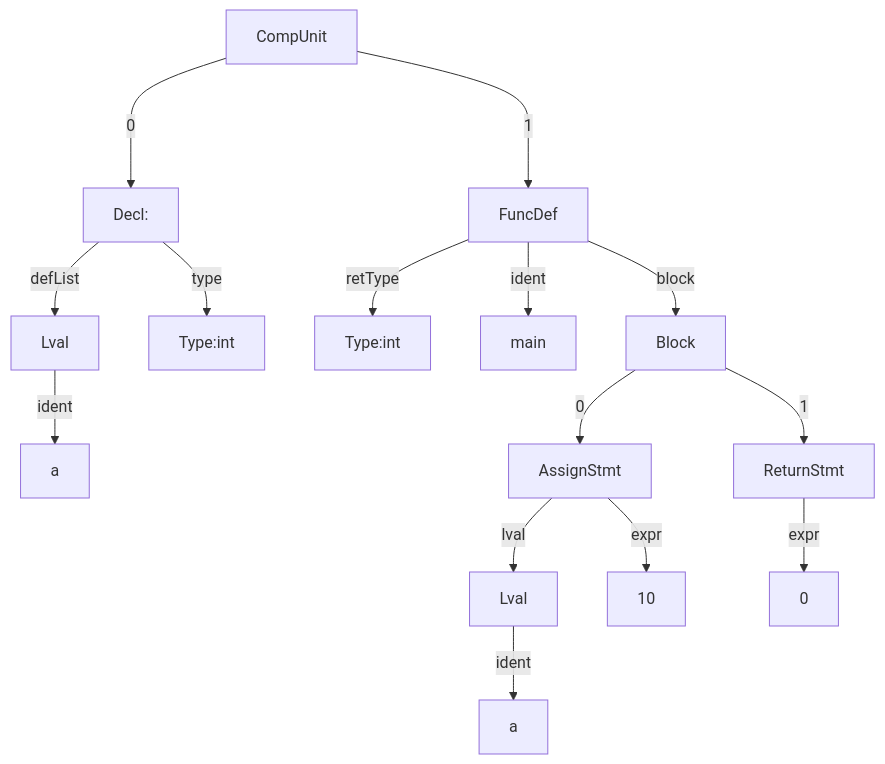
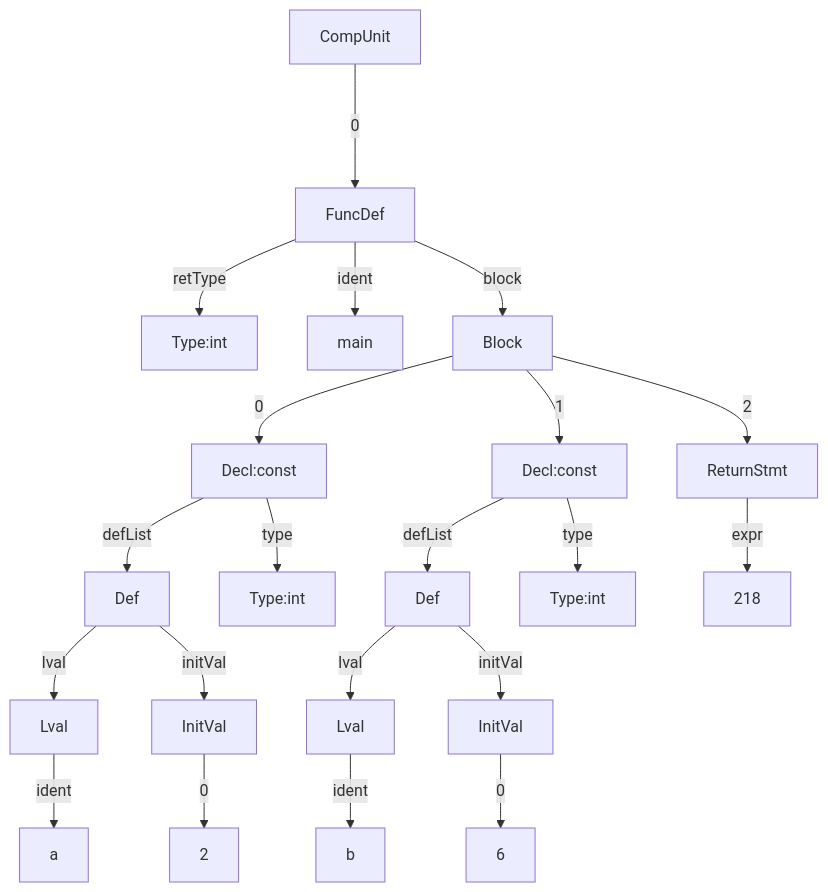
Before and after one commit to nyml2003/sysY: the diagram in tests/S1-result-1/out.md, drawn with Mermaid. The commit also changed 6 other files, not shown here.

````diff
--- a/tests/S1-result-1/out.md
+++ b/tests/S1-result-1/out.md
@@ -1,31 +1,43 @@
 ```mermaid
 graph TD
-15[CompUnit]--0--->3
-3[Decl:]
-3--type-->4
-4[Type:int]
-3--defList-->2
-2[Lval]
-2--ident-->1
-1[a]
-15[CompUnit]--1--->14
-14[FuncDef]
-14--retType-->5
-5[Type:int]
-14--ident-->6
-6[main]
-14--block-->13
-13[Block]
-13--0-->10
-10[AssignStmt]
-10--lval-->8
-8[Lval]
-8--ident-->7
-7[a]
-10--expr-->9
-9[10]
-13--1-->12
-12[ReturnStmt]
-12--expr-->11
-11[0]
+39[CompUnit]--0--->38
+38[FuncDef]
+38--retType-->0
+0[Type:int]
+38--ident-->1
+1[main]
+38--block-->37
+37[Block]
+37--0-->8
+8[Decl:const ]
+8--type-->9
+9[Type:int]
+8--defList-->7
+7[Def]
+7--lval-->4
+4[Lval]
+4--ident-->3
+3[a]
+7--initVal-->6
+6[InitVal]
+6--0-->5
+5[2]
+37--1-->23
+23[Decl:const ]
+23--type-->24
+24[Type:int]
+23--defList-->22
+22[Def]
+22--lval-->12
+12[Lval]
+12--ident-->11
+11[b]
+22--initVal-->21
+21[InitVal]
+21--0-->45
+45[6]
+37--2-->36
+36[ReturnStmt]
+36--expr-->53
+53[218]
 ```
````
